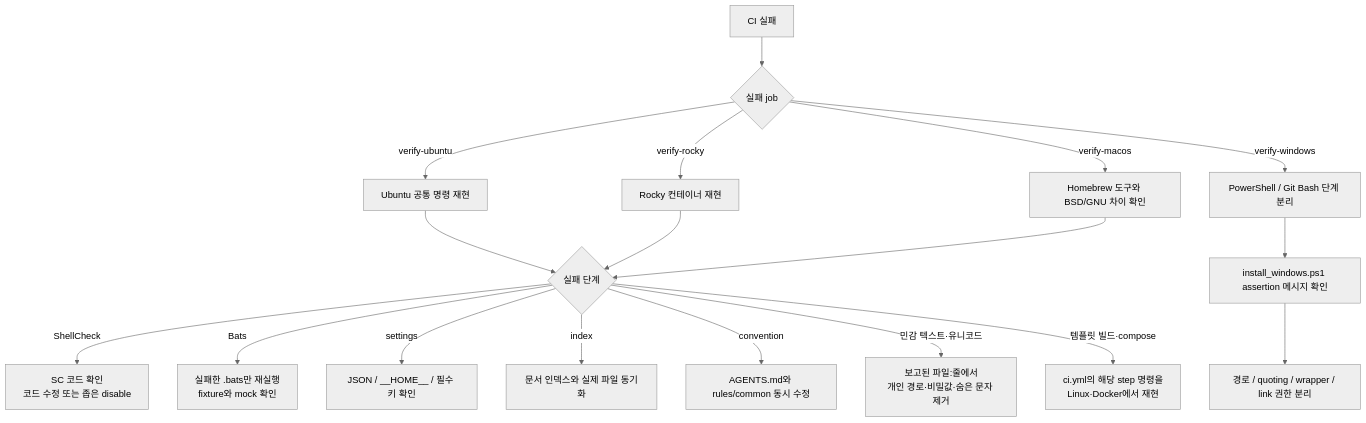
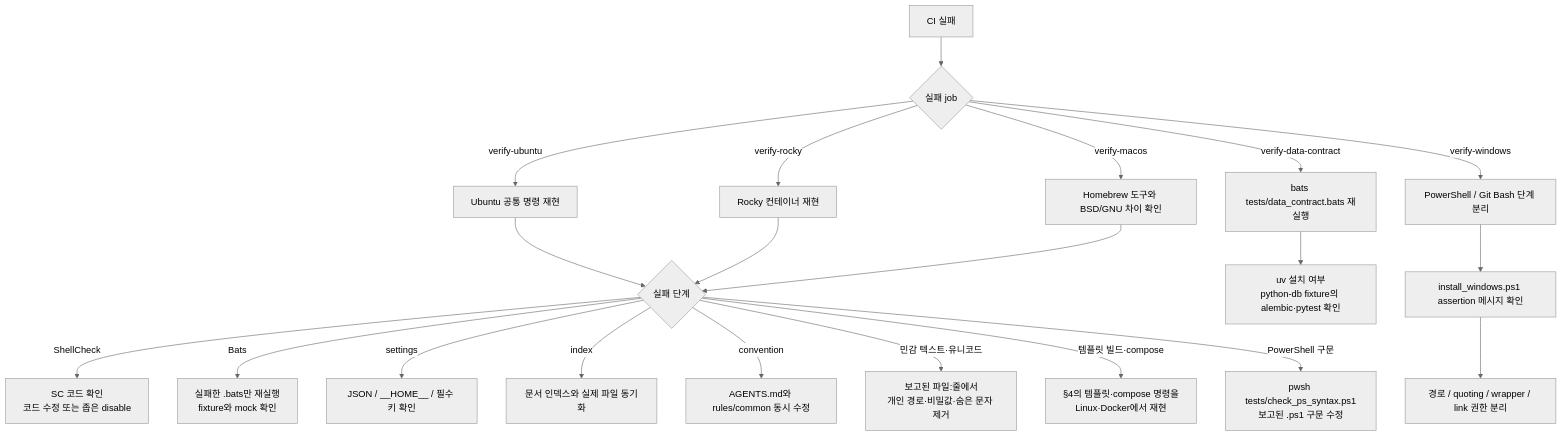
The ninth of 10 diagrams in docs/CI.md (jomarusoup/Arachne), drawn with Mermaid (neutral theme) before and after one commit. The commit also changed other lines of this file and 18 other files, not shown here.

````diff
--- a/docs/CI.md
+++ b/docs/CI.md
@@ -376,22 +422,26 @@
 ```mermaid
 flowchart TB
     F["CI 실패"] --> J{"실패 job"}
     J -->|verify-ubuntu| U["Ubuntu 공통 명령 재현"]
     J -->|verify-rocky| R["Rocky 컨테이너 재현"]
     J -->|verify-windows| W["PowerShell / Git Bash 단계 분리"]
     J -->|verify-macos| M["Homebrew 도구와 BSD/GNU 차이 확인"]
 
     U --> S1{"실패 단계"}
     R --> S1
     M --> S1
     S1 -->|ShellCheck| A["SC 코드 확인<br/>코드 수정 또는 좁은 disable"]
     S1 -->|Bats| B["실패한 .bats만 재실행<br/>fixture와 mock 확인"]
     S1 -->|settings| C["JSON / __HOME__ / 필수 키 확인"]
     S1 -->|index| D["문서 인덱스와 실제 파일 동기화"]
     S1 -->|convention| E["AGENTS.md와 rules/common 동시 수정"]
     S1 -->|민감 텍스트·유니코드| X["보고된 파일:줄에서<br/>개인 경로·비밀값·숨은 문자 제거"]
-    S1 -->|템플릿 빌드·compose| Y["ci.yml의 해당 step 명령을<br/>Linux·Docker에서 재현"]
+    S1 -->|템플릿 빌드·compose| Y["§4의 템플릿·compose 명령을<br/>Linux·Docker에서 재현"]
+    S1 -->|PowerShell 구문| PS["pwsh tests/check_ps_syntax.ps1<br/>보고된 .ps1 구문 수정"]
+
+    J -->|verify-data-contract| DC["bats tests/data_contract.bats 재실행"]
+    DC --> DC1["uv 설치 여부<br/>python-db fixture의 alembic·pytest 확인"]
 
     W --> W1["install_windows.ps1 assertion 메시지 확인"]
     W1 --> W2["경로 / quoting / wrapper / link 권한 분리"]
 ```
````
